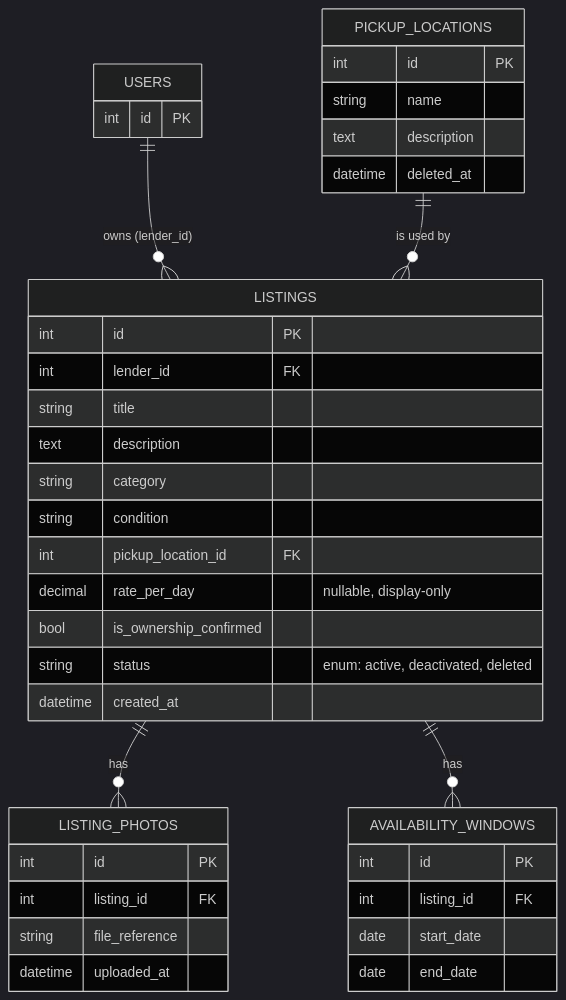
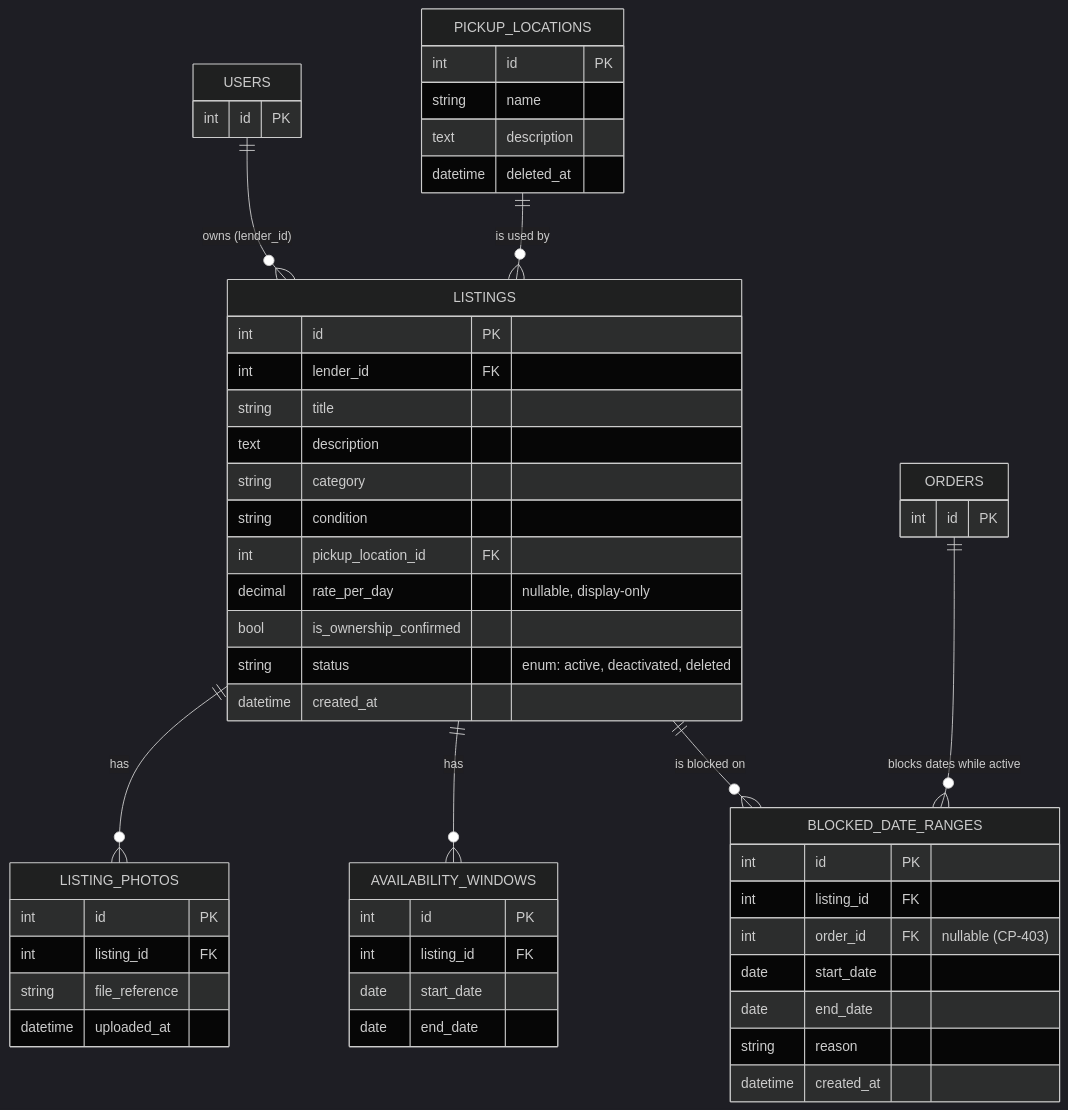
The second of 7 diagrams in docs/COPUP_ERD.md (pup-swe-team/brb-server), drawn with Mermaid (dark theme) before and after one commit. The commit also changed 5 other files, not shown here.

````diff
--- a/docs/COPUP_ERD.md
+++ b/docs/COPUP_ERD.md
@@ -156,46 +156,62 @@
 ```mermaid
 erDiagram
     USERS {
         int id PK
     }
 
     PICKUP_LOCATIONS {
         int id PK
         string name
         text description
         datetime deleted_at
     }
 
     LISTINGS {
         int id PK
         int lender_id FK
         string title
         text description
         string category
         string condition
         int pickup_location_id FK
         decimal rate_per_day "nullable, display-only"
         bool is_ownership_confirmed
         string status "enum: active, deactivated, deleted"
         datetime created_at
     }
 
     LISTING_PHOTOS {
         int id PK
         int listing_id FK
         string file_reference
         datetime uploaded_at
     }
 
     AVAILABILITY_WINDOWS {
         int id PK
         int listing_id FK
         date start_date
         date end_date
     }
 
+    BLOCKED_DATE_RANGES {
+        int id PK
+        int listing_id FK
+        int order_id FK "nullable (CP-403)"
+        date start_date
+        date end_date
+        string reason
+        datetime created_at
+    }
+
+    ORDERS {
+        int id PK
+    }
+
     USERS ||--o{ LISTINGS : "owns (lender_id)"
     PICKUP_LOCATIONS ||--o{ LISTINGS : "is used by"
     LISTINGS ||--o{ LISTING_PHOTOS : has
     LISTINGS ||--o{ AVAILABILITY_WINDOWS : has
+    LISTINGS ||--o{ BLOCKED_DATE_RANGES : "is blocked on"
+    ORDERS ||--o{ BLOCKED_DATE_RANGES : "blocks dates while active"
 ```
````
